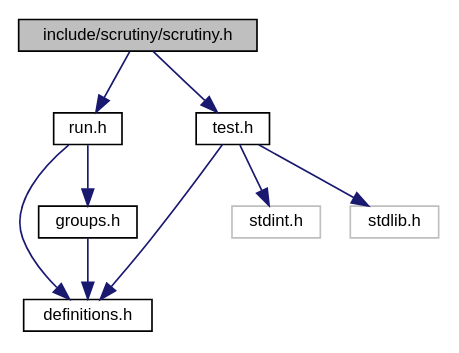
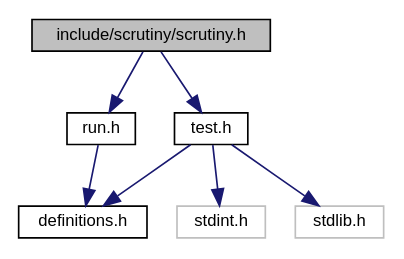
The diagram in docs/scrutiny_8h__incl.dot (nickeldan/scrutiny), drawn with Graphviz before and after one commit. The commit also changed 47 other files, not shown here.

```diff
--- a/docs/scrutiny_8h__incl.dot
+++ b/docs/scrutiny_8h__incl.dot
@@ -1,21 +1,18 @@
 digraph "include/scrutiny/scrutiny.h"
 {
  // LATEX_PDF_SIZE
   edge [fontname="Helvetica",fontsize="10",labelfontname="Helvetica",labelfontsize="10"];
   node [fontname="Helvetica",fontsize="10",shape=record];
   Node1 [label="include/scrutiny/scrutiny.h",height=0.2,width=0.4,color="black", fillcolor="grey75", style="filled", fontcolor="black",tooltip="Master include file."];
   Node1 -> Node2 [color="midnightblue",fontsize="10",style="solid",fontname="Helvetica"];
   Node2 [label="run.h",height=0.2,width=0.4,color="black", fillcolor="white", style="filled",URL="$run_8h.html",tooltip="Defines the runner functionality."];
   Node2 -> Node3 [color="midnightblue",fontsize="10",style="solid",fontname="Helvetica"];
   Node3 [label="definitions.h",height=0.2,width=0.4,color="black", fillcolor="white", style="filled",URL="$definitions_8h_source.html",tooltip=" "];
-  Node2 -> Node4 [color="midnightblue",fontsize="10",style="solid",fontname="Helvetica"];
-  Node4 [label="groups.h",height=0.2,width=0.4,color="black", fillcolor="white", style="filled",URL="$groups_8h.html",tooltip="Defines the group functionality."];
+  Node1 -> Node4 [color="midnightblue",fontsize="10",style="solid",fontname="Helvetica"];
+  Node4 [label="test.h",height=0.2,width=0.4,color="black", fillcolor="white", style="filled",URL="$test_8h.html",tooltip="Defines the test macros."];
+  Node4 -> Node5 [color="midnightblue",fontsize="10",style="solid",fontname="Helvetica"];
+  Node5 [label="stdint.h",height=0.2,width=0.4,color="grey75", fillcolor="white", style="filled",tooltip=" "];
+  Node4 -> Node6 [color="midnightblue",fontsize="10",style="solid",fontname="Helvetica"];
+  Node6 [label="stdlib.h",height=0.2,width=0.4,color="grey75", fillcolor="white", style="filled",tooltip=" "];
   Node4 -> Node3 [color="midnightblue",fontsize="10",style="solid",fontname="Helvetica"];
-  Node1 -> Node5 [color="midnightblue",fontsize="10",style="solid",fontname="Helvetica"];
-  Node5 [label="test.h",height=0.2,width=0.4,color="black", fillcolor="white", style="filled",URL="$test_8h.html",tooltip="Defines the test macros."];
-  Node5 -> Node6 [color="midnightblue",fontsize="10",style="solid",fontname="Helvetica"];
-  Node6 [label="stdint.h",height=0.2,width=0.4,color="grey75", fillcolor="white", style="filled",tooltip=" "];
-  Node5 -> Node7 [color="midnightblue",fontsize="10",style="solid",fontname="Helvetica"];
-  Node7 [label="stdlib.h",height=0.2,width=0.4,color="grey75", fillcolor="white", style="filled",tooltip=" "];
-  Node5 -> Node3 [color="midnightblue",fontsize="10",style="solid",fontname="Helvetica"];
 }
```
